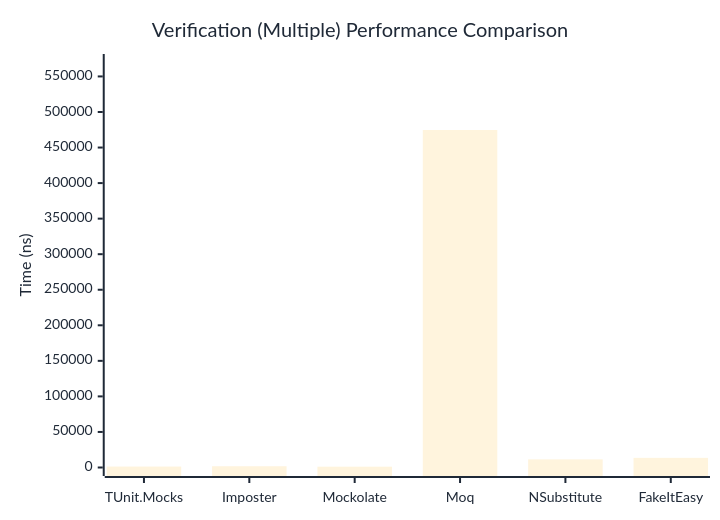
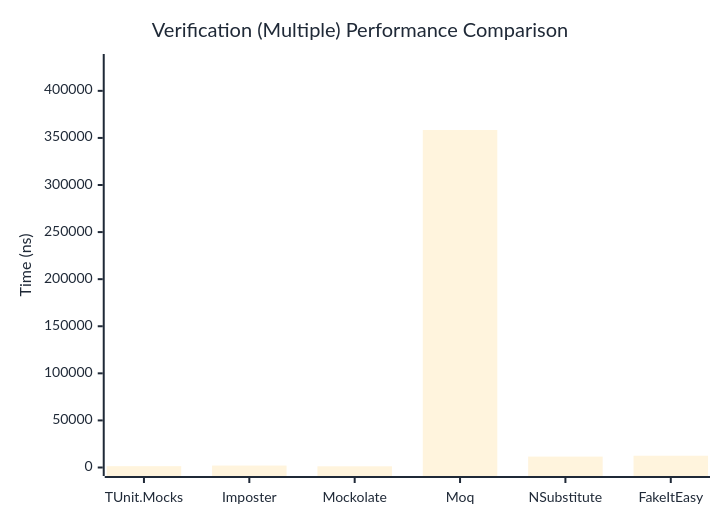
One commit to thomhurst/TUnit changed the third of 3 diagrams in docs/docs/benchmarks/mocks/Verification.md. Above: the diagram before and after it, drawn with Mermaid. The commit also changed other lines of this file and 14 other files, not shown here.

````diff
--- a/docs/docs/benchmarks/mocks/Verification.md
+++ b/docs/docs/benchmarks/mocks/Verification.md
@@ -112,27 +112,27 @@
 ```mermaid
 %%{init: {
   'theme':'base',
   'themeVariables': {
     'primaryColor': '#2563eb',
     'primaryTextColor': '#1f2937',
     'primaryBorderColor': '#1e40af',
     'lineColor': '#6b7280',
     'secondaryColor': '#7c3aed',
     'tertiaryColor': '#dc2626',
     'background': '#ffffff',
     'pie1': '#2563eb',
     'pie2': '#7c3aed',
     'pie3': '#dc2626',
     'pie4': '#f59e0b',
     'pie5': '#10b981',
     'pie6': '#06b6d4',
     'pie7': '#ec4899',
     'pie8': '#6366f1'
   }
 }}%%
 xychart-beta
   title "Verification (Multiple) Performance Comparison"
   x-axis ["TUnit.Mocks", "Imposter", "Mockolate", "Moq", "NSubstitute", "FakeItEasy"]
-  y-axis "Time (ns)" 0 --> 569598
-  bar [1318.97, 1774.48, 1150.95, 474664.82, 11454.25, 13578.86]
+  y-axis "Time (ns)" 0 --> 430107
+  bar [1411.02, 2045.41, 1276.17, 358422.27, 11586.55, 12499.89]
 ```
````
